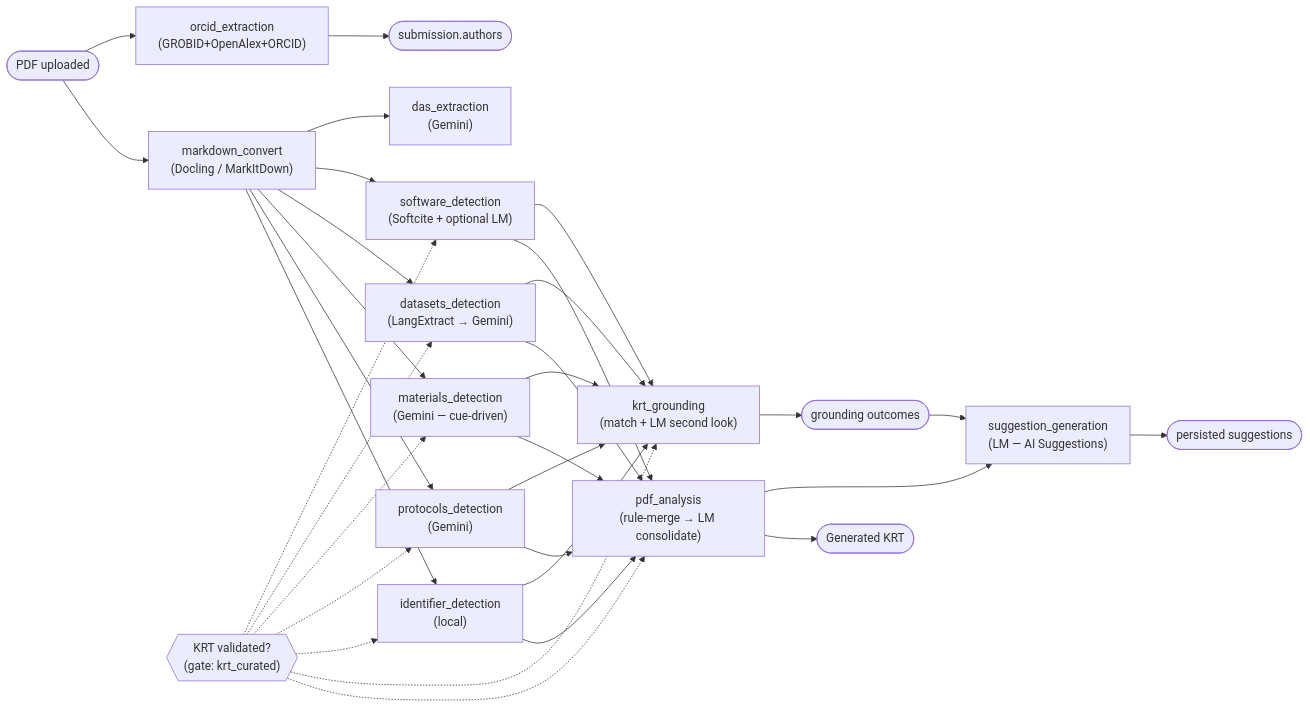
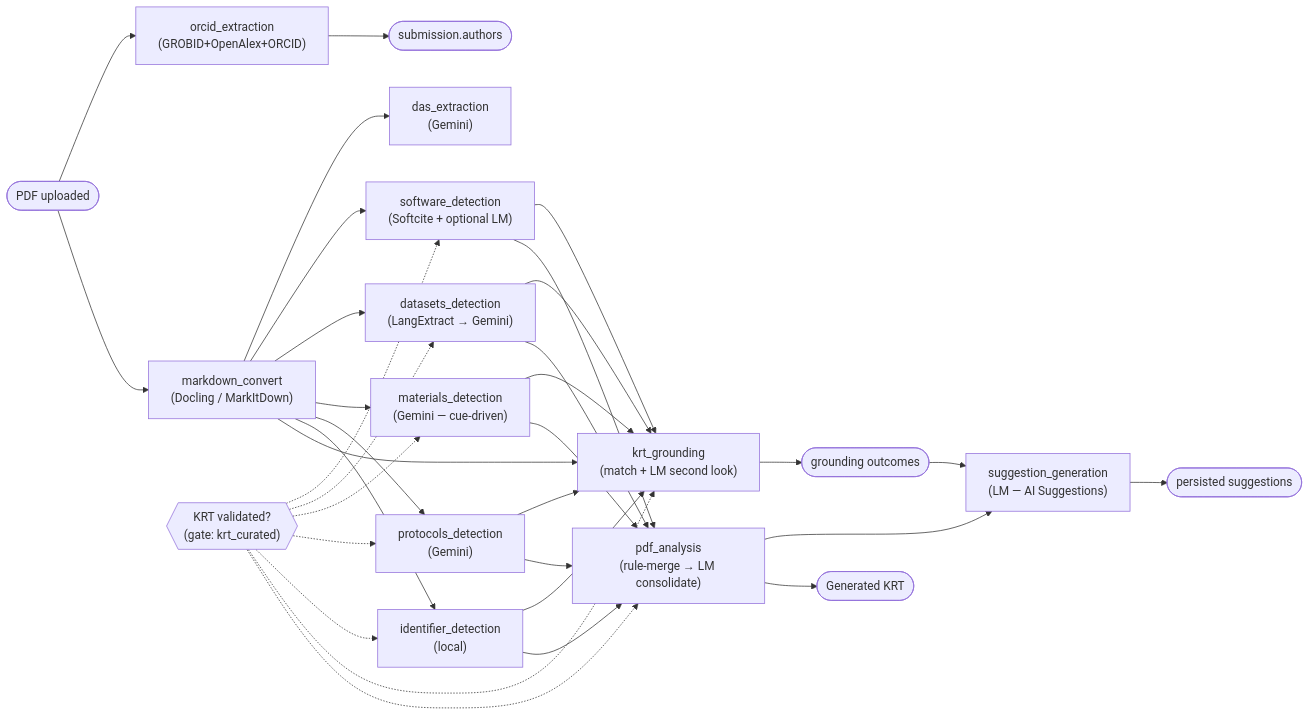
Before and after one commit to DataSeer/asap-kr-sync: the diagram in docs/pipeline-modules.md, drawn with Mermaid. The commit also changed other lines of this file and 1 other file, not shown here.

````diff
--- a/docs/pipeline-modules.md
+++ b/docs/pipeline-modules.md
@@ -57,34 +57,35 @@
 ```mermaid
 flowchart LR
     UP(["PDF uploaded"]) --> OR["orcid_extraction<br/>(GROBID+OpenAlex+ORCID)"]
     UP --> MDC["markdown_convert<br/>(Docling / MarkItDown)"]
     MDC --> DAS["das_extraction<br/>(Gemini)"]
     MDC --> SW["software_detection<br/>(Softcite + optional LM)"]
     MDC --> DS["datasets_detection<br/>(LangExtract → Gemini)"]
     MDC --> MAT["materials_detection<br/>(Gemini — cue-driven)"]
     MDC --> PR["protocols_detection<br/>(Gemini)"]
     MDC --> ID["identifier_detection<br/>(local)"]
-    SW --> KG["krt_grounding<br/>(match + LM second look)"]
+    MDC --> KG["krt_grounding<br/>(match + LM second look)"]
+    SW --> KG
     DS --> KG
     MAT --> KG
     PR --> KG
     ID --> KG
     KRTV{{"KRT validated?<br/>(gate: krt_curated)"}} -.-> SW
     KRTV -.-> DS
     KRTV -.-> MAT
     KRTV -.-> PR
     KRTV -.-> ID
     KRTV -.-> KG
     KRTV -.-> PA
     SW --> PA["pdf_analysis<br/>(rule-merge → LM consolidate)"]
     MAT --> PA
     DS --> PA
     PR --> PA
     ID --> PA
     KG --> GR(["grounding outcomes"])
     PA --> SG["suggestion_generation<br/>(LM — AI Suggestions)"]
     GR --> SG
     SG --> SUG(["persisted suggestions"])
     PA --> GK(["Generated KRT"])
     OR --> AU(["submission.authors"])
 ```
````
